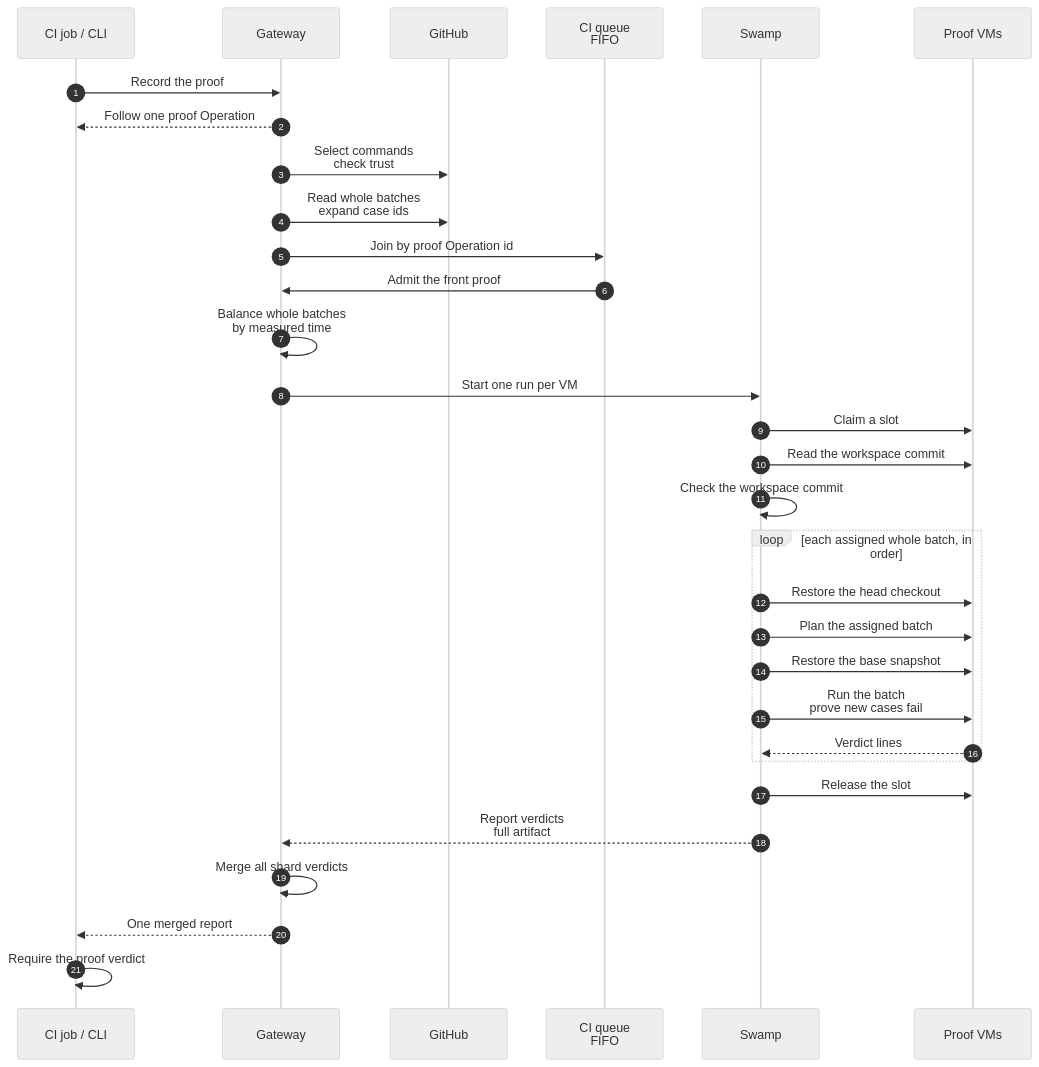
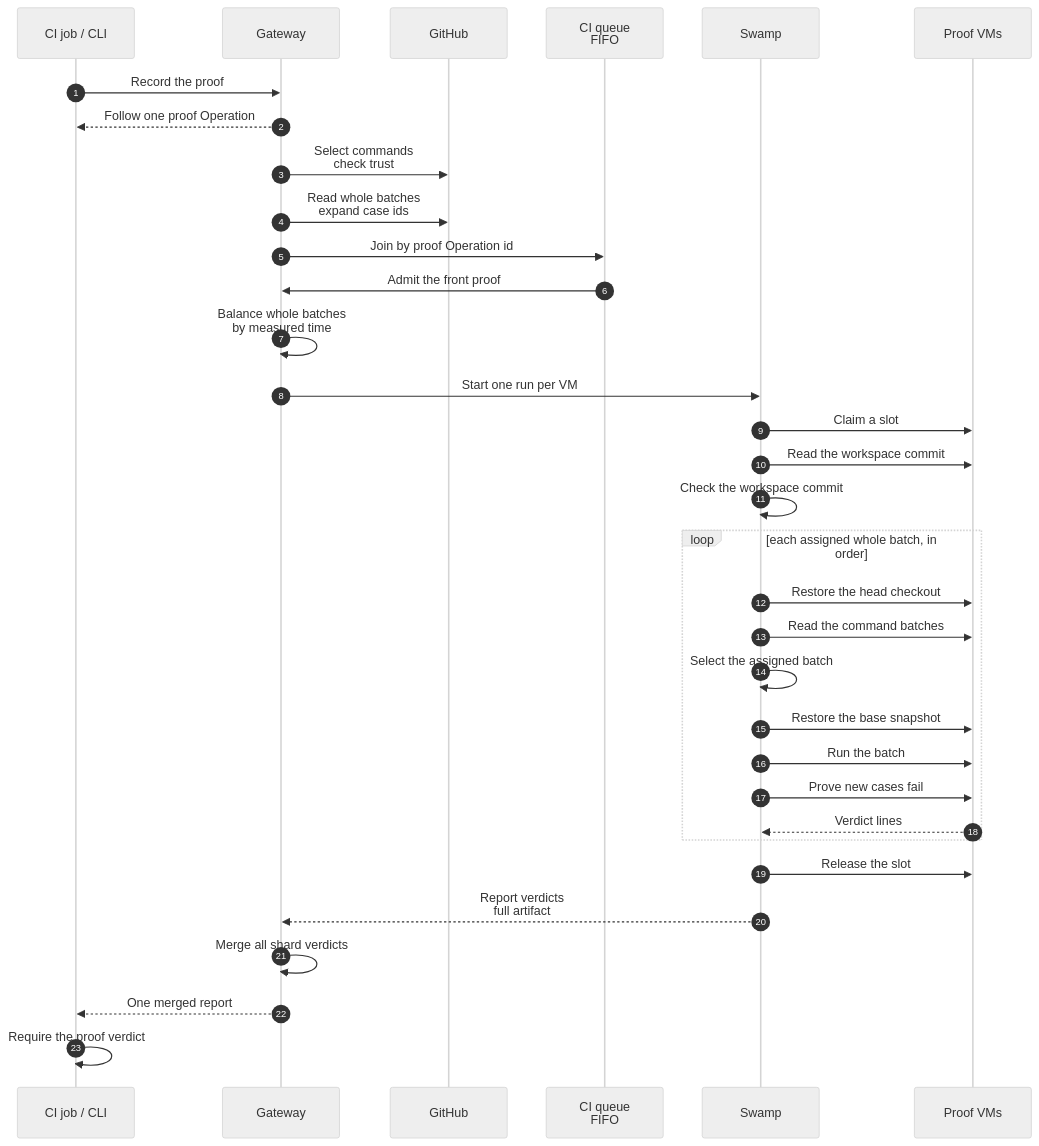
The diagram in docs/cli/proof/run.mmd (hardimpactdev/orbit), drawn with Mermaid (neutral theme) before and after one commit. The commit also changed 9 other files, not shown here.

First line of the commit message:
Require fork proofs and keep batch plans compatible with older heads

```diff
--- a/docs/cli/proof/run.mmd
+++ b/docs/cli/proof/run.mmd
@@ -1,46 +1,49 @@
 sequenceDiagram
   %% status: reviewed
   %% command: proof:run
   %% kind: proof.run
   autonumber
   participant CLI as CI job / CLI
   participant GW as Gateway
   participant GH as GitHub
   participant Q as CI queue<br/>FIFO
   participant SW as Swamp
   participant VM as Proof VMs
   CLI->>GW: Record the proof
   %%> Record commit, authenticated caller and options, then queue admission. Only an active authenticated ci-runner Node uses the CI pool. Operator proofs join task admission.
   GW-->>CLI: Follow one proof Operation
   GW->>GH: Select commands<br/>check trust
   %%> Read the trusted commit, selection list and cases. A fork needs approval of this head and run-proofs. No selected command succeeds without a VM.
   GW->>GH: Read whole batches<br/>expand case ids
   %%> Read the selected YAML at the commit. Empty or malformed selected cases fail. Sum measured case seconds from prior reports; unseen cases use the measured median, or one second with no history.
   GW->>Q: Join by proof Operation id
   %%> Earlier open CI proofs without admitted runs block later proofs, including while selection is being read. Cancellation, failure and no selection remove a proof from admission.
   Q->>GW: Admit the front proof
   %%> Under the admission lock, take every currently free usable CI place, at least one and at most the batch count. A full pool or stale base waits, up to two hours, then fails clearly. Never refuse capacity or skip green.
   GW->>GW: Balance whole batches<br/>by measured time
   %%> Longest measured batch first; assign each to the least loaded VM. A batch never splits. Record expected cases and all shard operations atomically.
   GW->>SW: Start one run per VM
   SW->>VM: Claim a slot
   %%> Fresh VM from the host base at the trusted commit. No CI keep-failed option.
   SW->>VM: Read the workspace commit
   SW->>SW: Check the workspace commit
   loop each assigned whole batch, in order
     SW->>VM: Restore the head checkout
     %%> A prior new-case proof may have switched to the merge base. Restore the admitted head before planning the next batch.
-    SW->>VM: Plan the assigned batch
+    SW->>VM: Read the command batches
+    SW->>SW: Select the assigned batch
     SW->>VM: Restore the base snapshot
-    SW->>VM: Run the batch<br/>prove new cases fail
+    SW->>VM: Run the batch
+    SW->>VM: Prove new cases fail
     VM-->>SW: Verdict lines
   end
   SW->>VM: Release the slot
   %%> Delete after every outcome. Failed or missing cleanup schedules normal group cancellation. A live or releasing VM holds its place until confirmed deletion.
   SW-->>GW: Report verdicts<br/>full artifact
   %%> Capture the full report, not its 4 KiB history tail. Identify command and file on each line. Missing, duplicate or unexpected case verdicts fail the shard; a missing expected case is unrun.
   GW->>GW: Merge all shard verdicts
   %%> Wait for every admitted child, require every expected case and every selected command, and close one proof result. Failed, cancelled, unrun and missing verdicts fail.
   GW-->>CLI: One merged report
   CLI->>CLI: Require the proof verdict
   %%> The proof job is in Required checks. A selected command with a failed case or no verdict fails. No selected command passes. Capacity is only a bounded wait, never a successful no-case result.
+  %%> A fork uses the outside proof's status on this exact head. A missing, pending or failed status fails Required checks; rerun the failed Required job after the approved outside proof succeeds.
```
